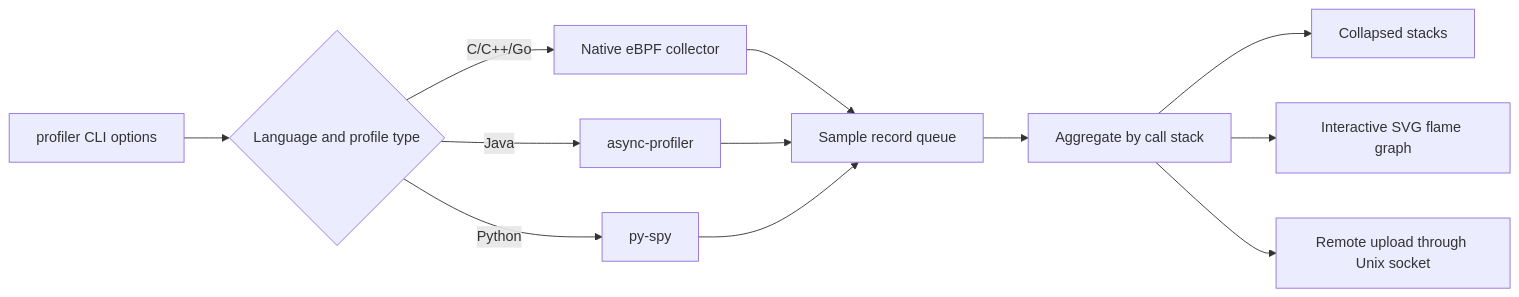
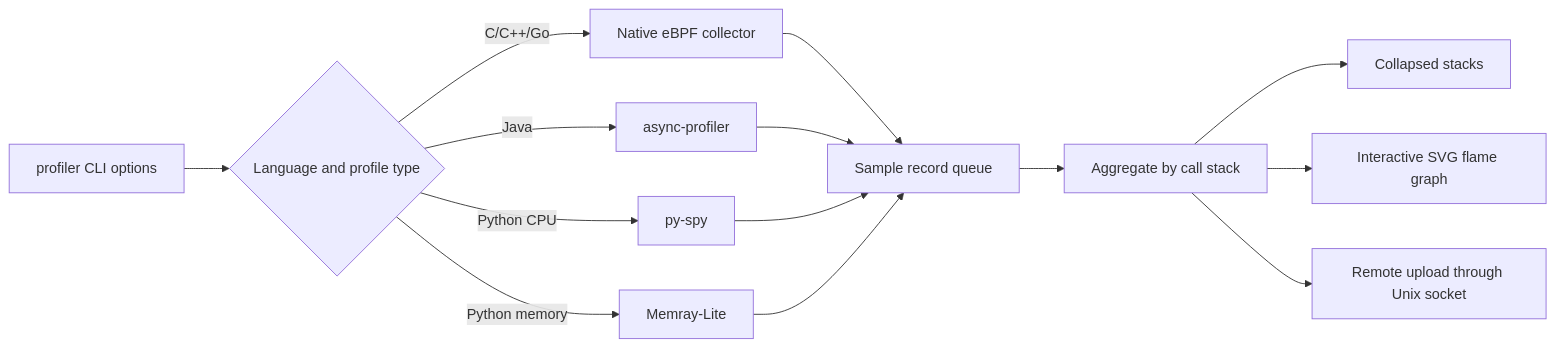
One commit to ccfos/huatuo changed the diagram in docs/key-feature/continuous-profiling_en.md. Above: the diagram before and after it, drawn with Mermaid. The commit also changed other lines of this file and 3 other files, not shown here.

First line of the commit message:
feat(profiler): document Python memory profiling

````diff
--- a/docs/key-feature/continuous-profiling_en.md
+++ b/docs/key-feature/continuous-profiling_en.md
@@ -690,14 +749,16 @@
 ```mermaid
 flowchart LR
     CLI[profiler CLI options] --> Select{Language and profile type}
     Select -->|C/C++/Go| Native[Native eBPF collector]
     Select -->|Java| Java[async-profiler]
-    Select -->|Python| Python[py-spy]
+    Select -->|Python CPU| PythonCPU[py-spy]
+    Select -->|Python memory| PythonMemory[Memray-Lite]
     Native --> Queue[Sample record queue]
     Java --> Queue
-    Python --> Queue
+    PythonCPU --> Queue
+    PythonMemory --> Queue
     Queue --> Aggregate[Aggregate by call stack]
     Aggregate --> Folded[Collapsed stacks]
     Aggregate --> SVG[Interactive SVG flame graph]
     Aggregate --> Remote[Remote upload through Unix socket]
 ```
````
